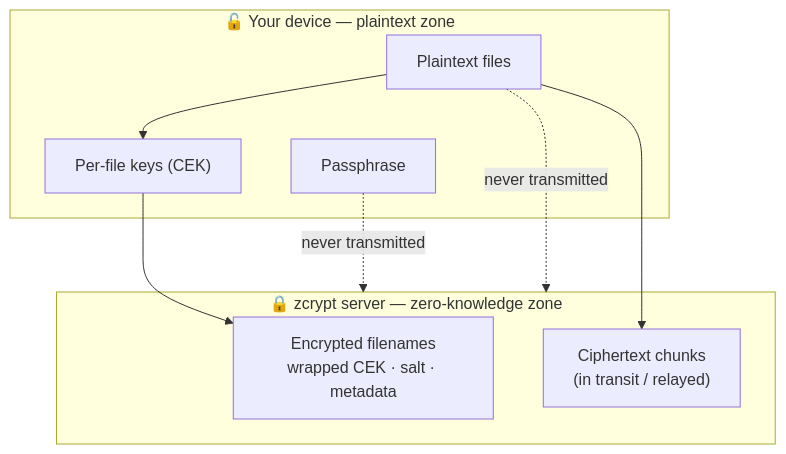
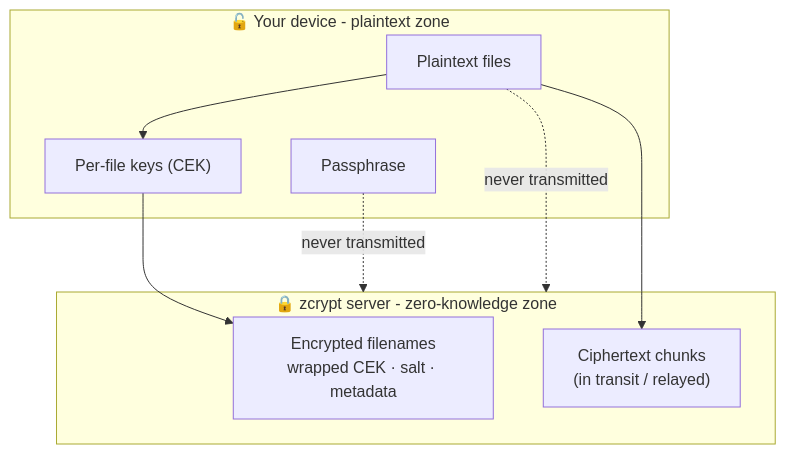
One commit to Wosmos/zcrypt changed the second of 3 diagrams in README.md. Above: the diagram before and after it, drawn with Mermaid. The commit also changed other lines of this file and 30 other files, not shown here.

````diff
--- a/README.md
+++ b/README.md
@@ -62,17 +62,17 @@
 ```mermaid
 flowchart TB
-    subgraph device["🔓 Your device — plaintext zone"]
+    subgraph device["🔓 Your device - plaintext zone"]
         P["Passphrase"]
         PT["Plaintext files"]
         K["Per-file keys (CEK)"]
     end
-    subgraph server["🔒 zcrypt server — zero-knowledge zone"]
+    subgraph server["🔒 zcrypt server - zero-knowledge zone"]
         META["Encrypted filenames<br/>wrapped CEK · salt · metadata"]
         CIPHER["Ciphertext chunks<br/>(in transit / relayed)"]
     end
     P -. "never transmitted" .-> server
     PT -. "never transmitted" .-> server
     PT --> K
     K --> META
     PT --> CIPHER
 ```
````
